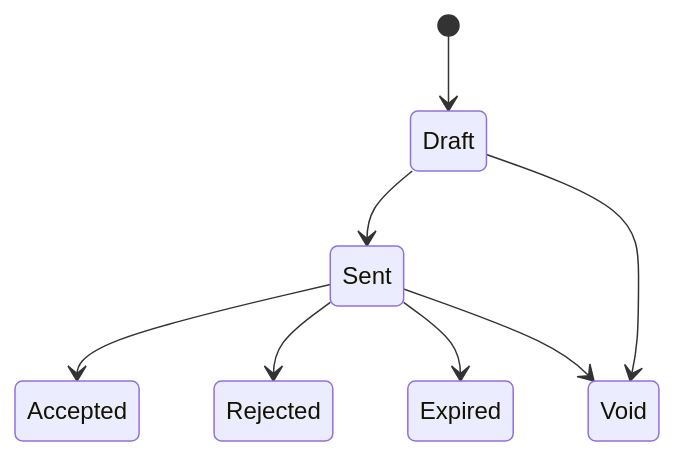
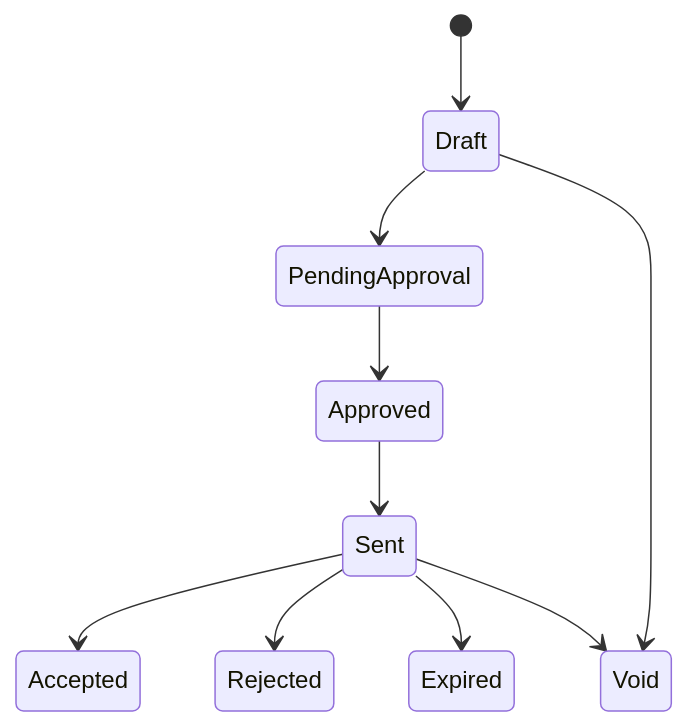
The diagram in pages/product/sales/quotations.mdx (Super-ERP/docs), drawn with Mermaid before and after one commit. The commit also changed other lines of this file and 6 other files, not shown here.

````diff
--- a/pages/product/sales/quotations.mdx
+++ b/pages/product/sales/quotations.mdx
@@ -20,10 +20,12 @@
 ```mermaid
 stateDiagram-v2
   [*] --> Draft
-  Draft --> Sent
+  Draft --> PendingApproval
+  PendingApproval --> Approved
+  Approved --> Sent
   Sent --> Accepted
   Sent --> Rejected
   Sent --> Expired
   Draft --> Void
   Sent --> Void
 ```
````
